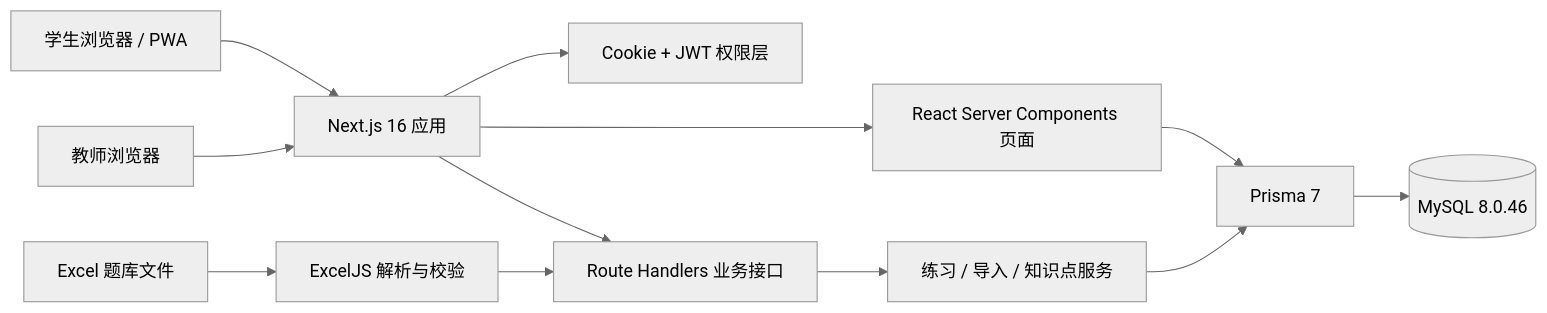
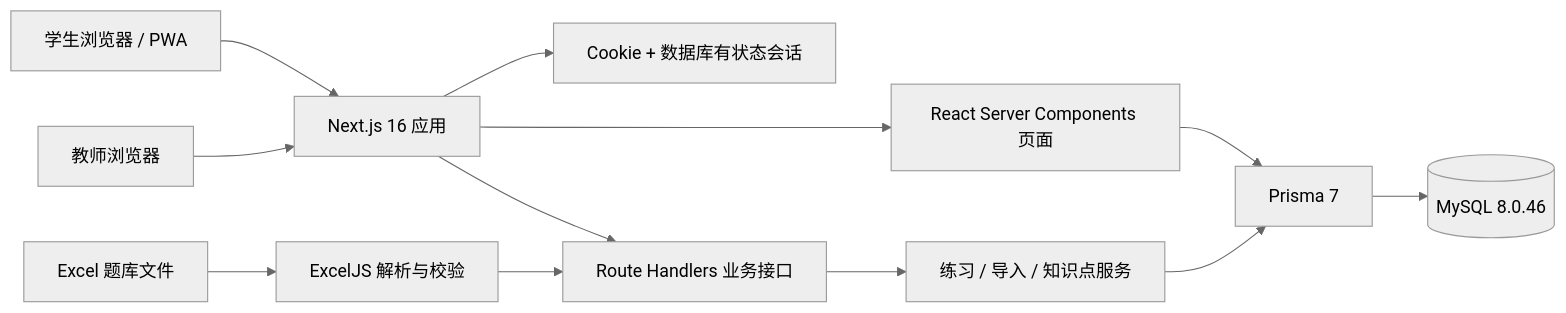
Before and after one commit to ThreeBOOdy/Test: the first of 2 diagrams in README.md, drawn with Mermaid (neutral theme). The commit also changed other lines of this file and 34 other files, not shown here.

````diff
--- a/README.md
+++ b/README.md
@@ -137,14 +188,14 @@
 ```mermaid
 flowchart LR
     Student[学生浏览器 / PWA] --> Next[Next.js 16 应用]
     Teacher[教师浏览器] --> Next
-    Next --> Auth[Cookie + JWT 权限层]
+    Next --> Auth[Cookie + 数据库有状态会话]
     Next --> API[Route Handlers 业务接口]
     Next --> RSC[React Server Components 页面]
     API --> Service[练习 / 导入 / 知识点服务]
     RSC --> Prisma[Prisma 7]
     Service --> Prisma
     Prisma --> MySQL[(MySQL 8.0.46)]
     Excel[Excel 题库文件] --> Import[ExcelJS 解析与校验]
     Import --> API
 ```
````
